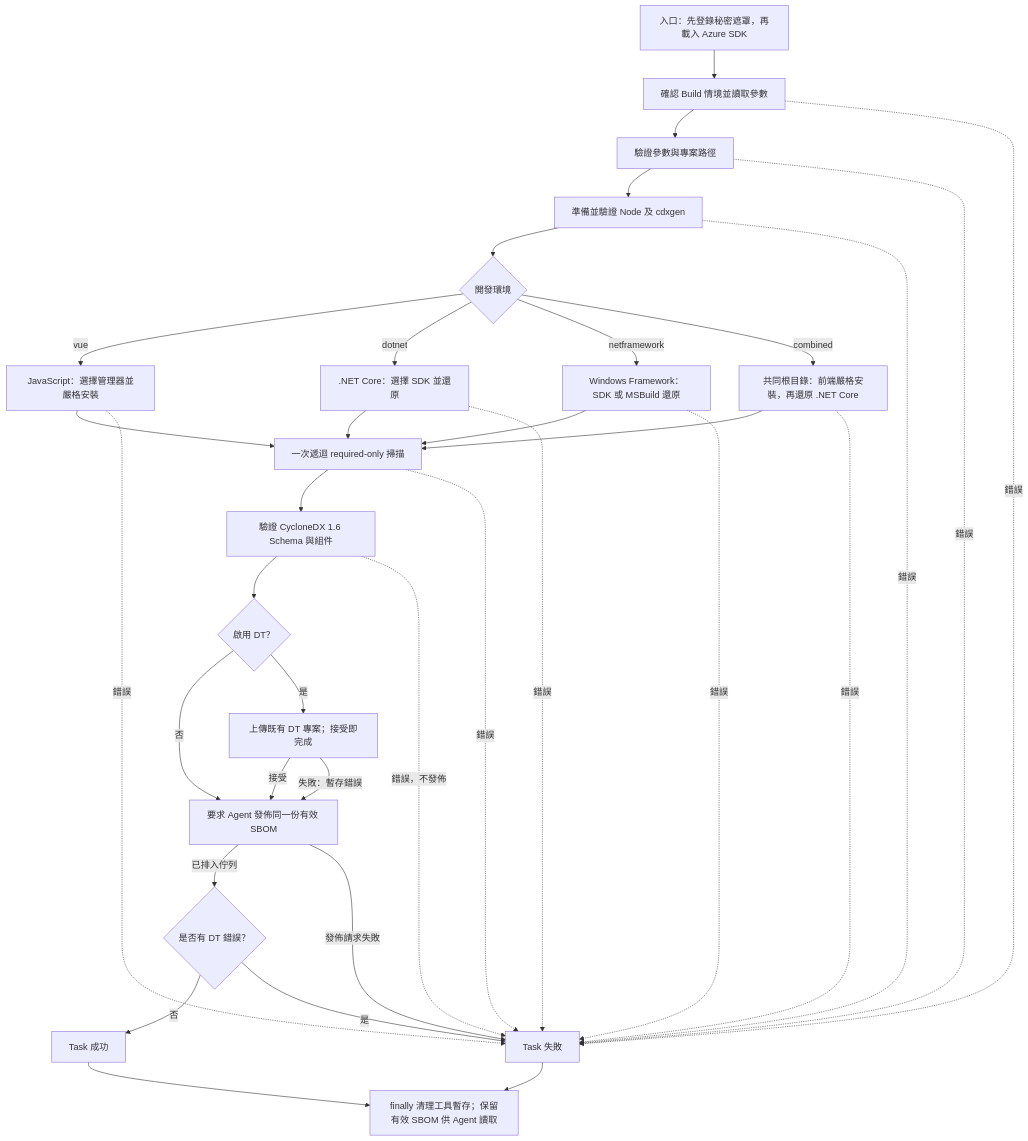
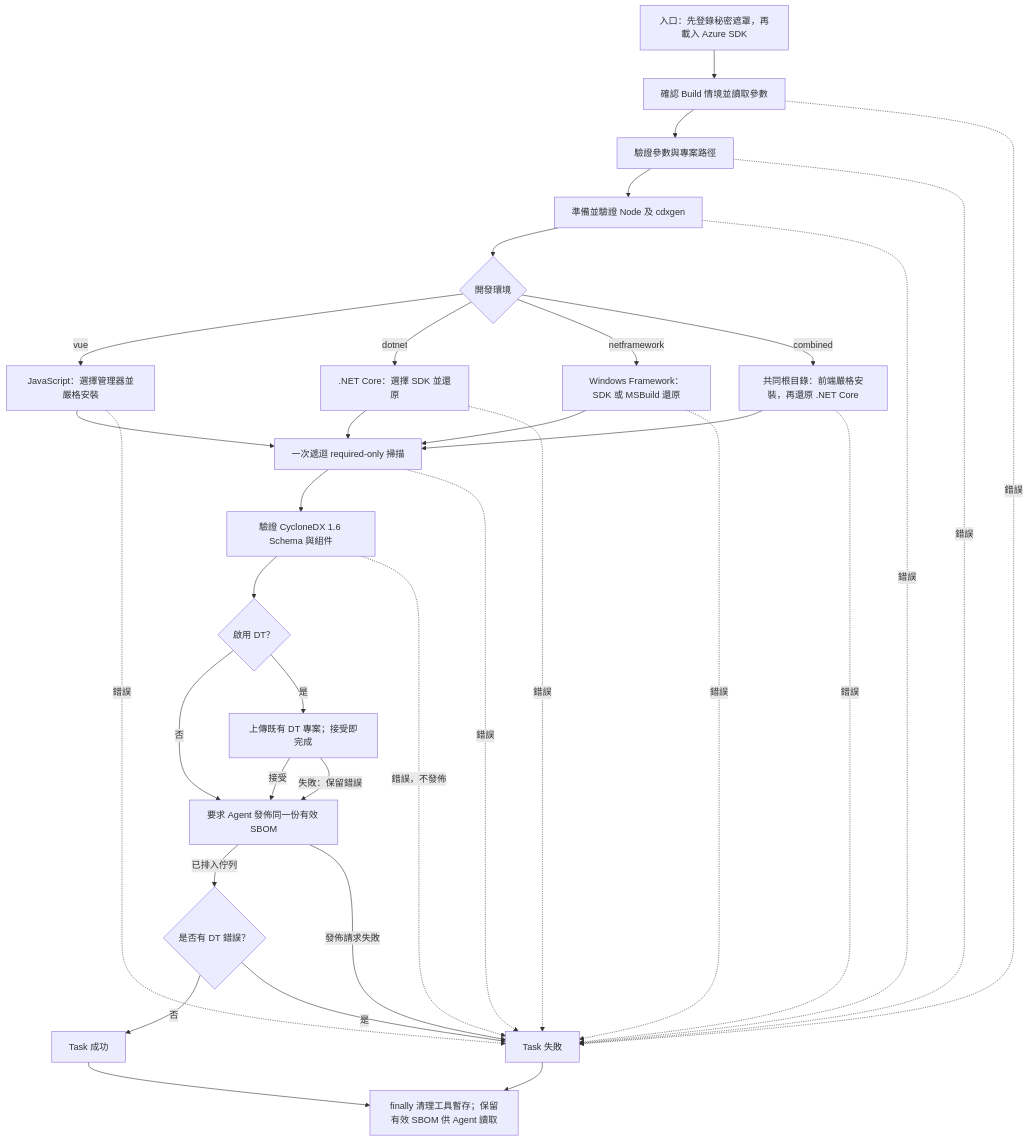
Before and after one commit to lawrence8358/sbom-pilot: the diagram in README-Dev.md, drawn with Mermaid. The commit also changed other lines of this file and 1 other file, not shown here.

````diff
--- a/README-Dev.md
+++ b/README-Dev.md
@@ -27,36 +27,36 @@
 ```mermaid
 flowchart TD
     Start["入口：先登錄秘密遮罩，再載入 Azure SDK"] --> Inputs["確認 Build 情境並讀取參數"]
     Inputs --> Validate["驗證參數與專案路徑"]
     Validate --> Tools["準備並驗證 Node 及 cdxgen"]
     Tools --> Mode{"開發環境"}
     Mode -->|vue| JS["JavaScript：選擇管理器並嚴格安裝"]
     Mode -->|dotnet| Core[".NET Core：選擇 SDK 並還原"]
     Mode -->|netframework| Framework["Windows Framework：SDK 或 MSBuild 還原"]
     Mode -->|combined| Combined["共同根目錄：前端嚴格安裝，再還原 .NET Core"]
     JS --> Scan["一次遞迴 required-only 掃描"]
     Core --> Scan
     Framework --> Scan
     Combined --> Scan
     Scan --> Schema["驗證 CycloneDX 1.6 Schema 與組件"]
     Schema --> WantDT{"啟用 DT？"}
     WantDT -->|否| Publish["要求 Agent 發佈同一份有效 SBOM"]
     WantDT -->|是| DT["上傳既有 DT 專案；接受即完成"]
     DT -->|接受| Publish
-    DT -->|失敗：暫存錯誤| Publish
+    DT -->|失敗：保留錯誤| Publish
     Publish -->|已排入佇列| PriorDT{"是否有 DT 錯誤？"}
     PriorDT -->|否| Success["Task 成功"]
     PriorDT -->|是| Failed["Task 失敗"]
     Publish -->|發佈請求失敗| Failed
     Inputs -.->|錯誤| Failed
     Validate -.->|錯誤| Failed
     Tools -.->|錯誤| Failed
     JS -.->|錯誤| Failed
     Core -.->|錯誤| Failed
     Framework -.->|錯誤| Failed
     Combined -.->|錯誤| Failed
     Scan -.->|錯誤| Failed
     Schema -.->|錯誤，不發佈| Failed
     Success --> Cleanup["finally 清理工具暫存；保留有效 SBOM 供 Agent 讀取"]
     Failed --> Cleanup
 ```
````
